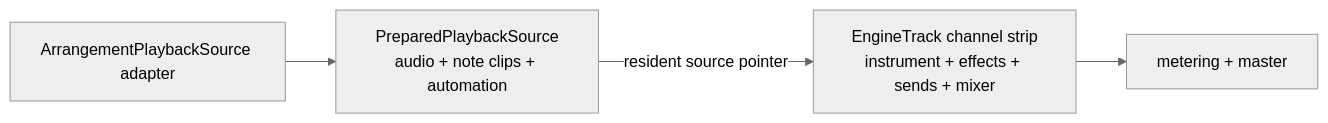
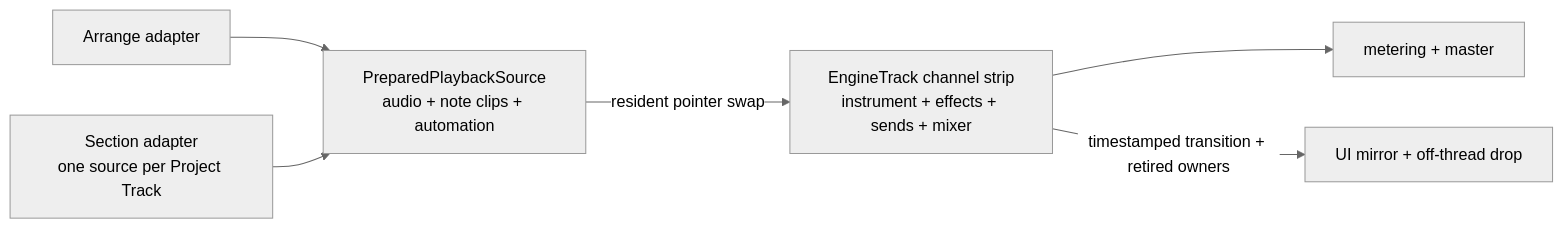
One commit to alexanderwanyoike/vibez changed the fifth of 5 diagrams in docs/ARCHITECTURE.md. Above: the diagram before and after it, drawn with Mermaid (neutral theme). The commit also changed other lines of this file and 15 other files, not shown here.

Commit message:
feat(perform): launch one section through resident playback

````diff
--- a/docs/ARCHITECTURE.md
+++ b/docs/ARCHITECTURE.md
@@ -235,6 +246,8 @@
 ```mermaid
 flowchart LR
-    A["ArrangementPlaybackSource adapter"] --> P["PreparedPlaybackSource<br/>audio + note clips + automation"]
-    P -- "resident source pointer" --> C["EngineTrack channel strip<br/>instrument + effects + sends + mixer"]
+    A["Arrange adapter"] --> P["PreparedPlaybackSource<br/>audio + note clips + automation"]
+    S["Section adapter<br/>one source per Project Track"] --> P
+    P -- "resident pointer swap" --> C["EngineTrack channel strip<br/>instrument + effects + sends + mixer"]
     C --> M["metering + master"]
+    C -- "timestamped transition + retired owners" --> U["UI mirror + off-thread drop"]
 ```
````
